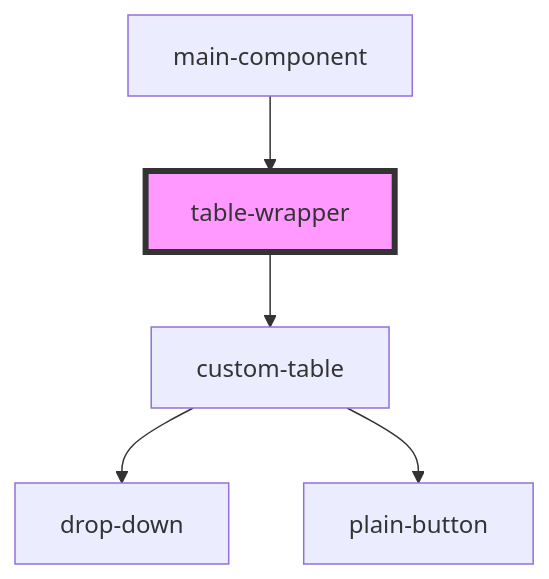
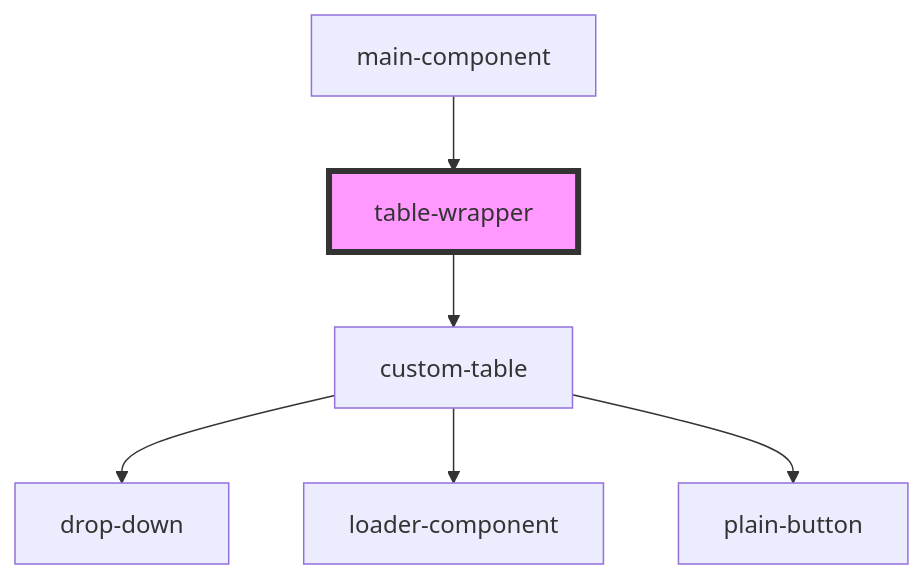
The diagram in src/components/table-wrapper/readme.md (techvariable/NeptuneConnectComponents), drawn with Mermaid before and after one commit. The commit also changed 5 other files, not shown here.

````diff
--- a/src/components/table-wrapper/readme.md
+++ b/src/components/table-wrapper/readme.md
@@ -29,8 +29,9 @@
 ```mermaid
 graph TD;
   table-wrapper --> custom-table
   custom-table --> drop-down
+  custom-table --> loader-component
   custom-table --> plain-button
   main-component --> table-wrapper
   style table-wrapper fill:#f9f,stroke:#333,stroke-width:4px
 ```
````
